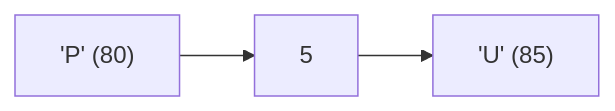
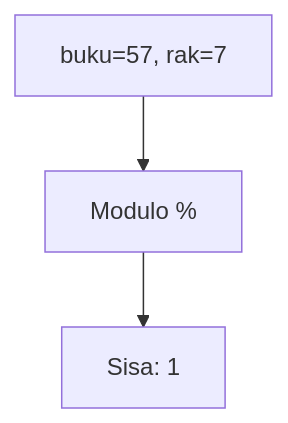
One commit to amnahwaida/OSNK_INF_PREP changed the ninth of 25 diagrams in part-c-pemahaman-cpp/01-tipe-data/latihan/set-08.md. Above: the diagram before and after it, drawn with Mermaid. The commit also changed other lines of this file and 71 other files, not shown here.

````diff
--- a/part-c-pemahaman-cpp/01-tipe-data/latihan/set-08.md
+++ b/part-c-pemahaman-cpp/01-tipe-data/latihan/set-08.md
@@ -212,5 +250,5 @@
 ```mermaid
-graph LR
-A["'P' (80)"] --> B["5"]
-B --> C["'U' (85)"]
+graph TD
+A["buku=57, rak=7"] --> B["Modulo %"]
+B --> C["Sisa: 1"]
 ```
````
